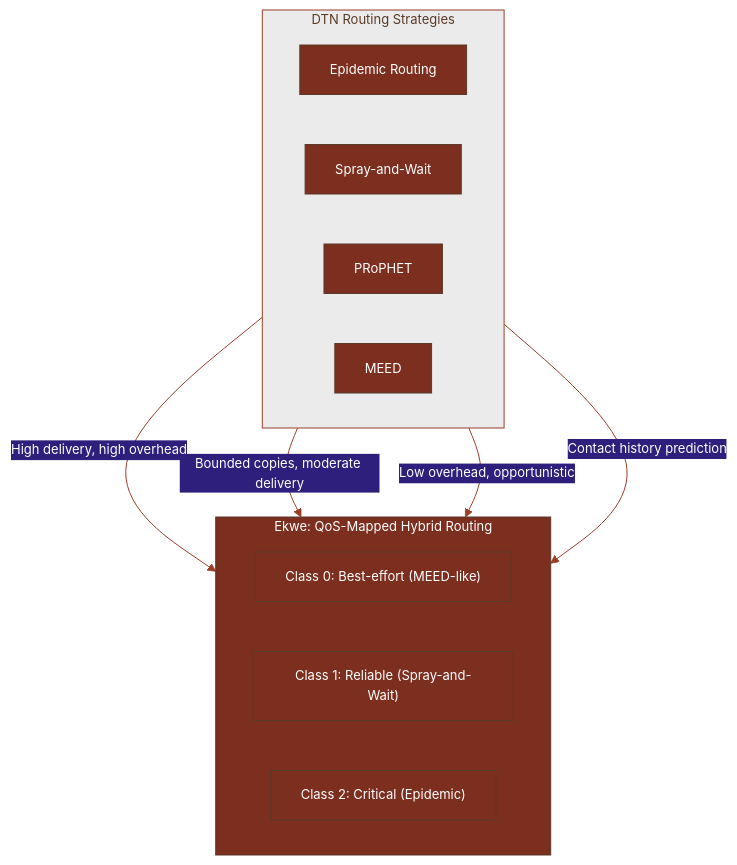
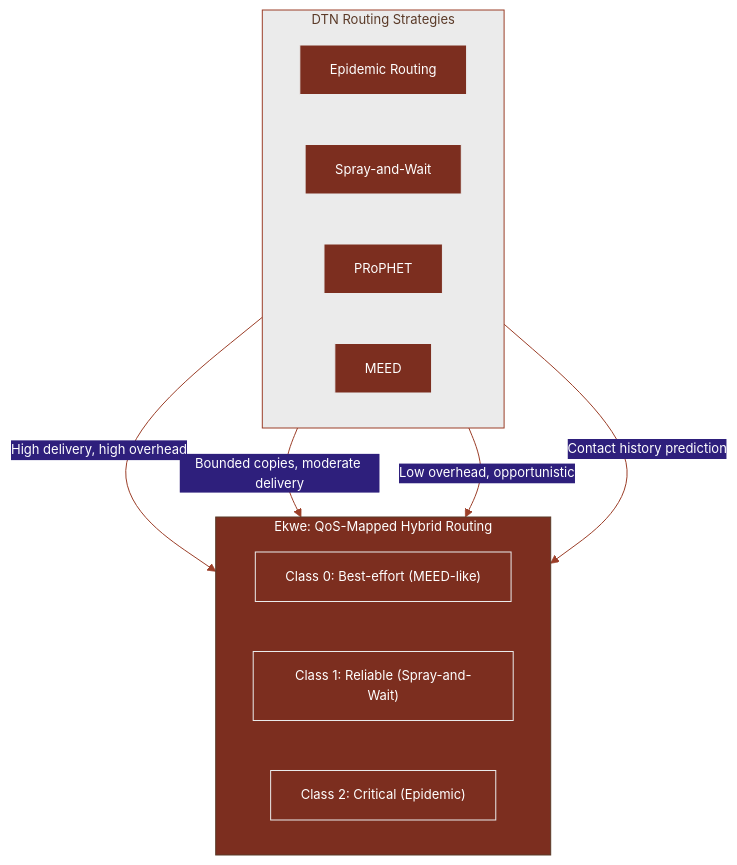
One commit to ekwenetwork/whitepaper changed the diagram in diagrams/d9-dtn-routing.mmd. Above: the diagram before and after it, drawn with Mermaid. The commit also changed 6 other files, not shown here.

First line of the commit message:
fix(diagrams): use #EBEBEB border color for visibility on dark backgrounds

```diff
--- a/diagrams/d9-dtn-routing.mmd
+++ b/diagrams/d9-dtn-routing.mmd
@@ -1,33 +1,33 @@
 ---
 config:
   theme: base
   themeVariables:
     primaryColor: "#7C2E1F"
     primaryTextColor: "#ffffff"
-    primaryBorderColor: "#5A3A28"
+    primaryBorderColor: "#EBEBEB"
     lineColor: "#9B3E28"
     fontSize: "13px"
 ---
 flowchart TD
     subgraph DTNRouting["DTN Routing Strategies"]
         direction LR
         ER["Epidemic Routing"]
         SW["Spray-and-Wait"]
         PR["PRoPHET"]
         MEED["MEED"]
     end
 
     subgraph EkweApproach["Ekwe: QoS-Mapped Hybrid Routing"]
         direction LR
         QoS0["Class 0: Best-effort (MEED-like)"]
         QoS1["Class 1: Reliable (Spray-and-Wait)"]
         QoS2["Class 2: Critical (Epidemic)"]
     end
 
     ER -->|"High delivery, high overhead"| QoS2
     SW -->|"Bounded copies, moderate delivery"| QoS1
     MEED -->|"Low overhead, opportunistic"| QoS0
     PR -->|"Contact history prediction"| QoS1
 
     style DTNRouting fill:#EBEBEB,stroke:#9B3E28,color:#5A3A28
     style EkweApproach fill:#7C2E1F,stroke:#5A3A28,color:#fff
```
